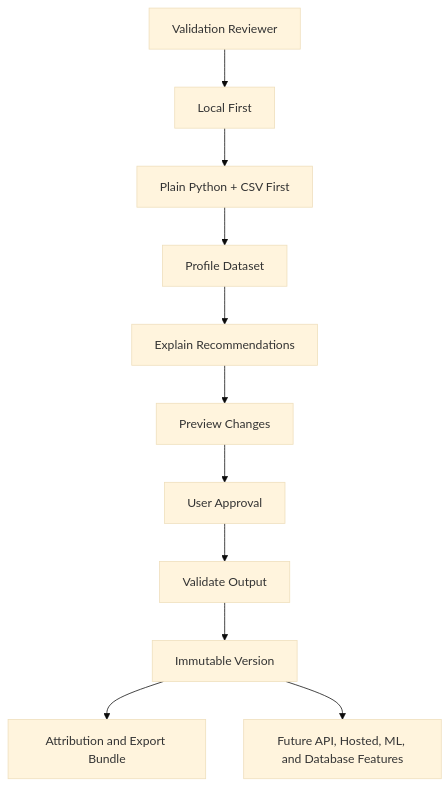
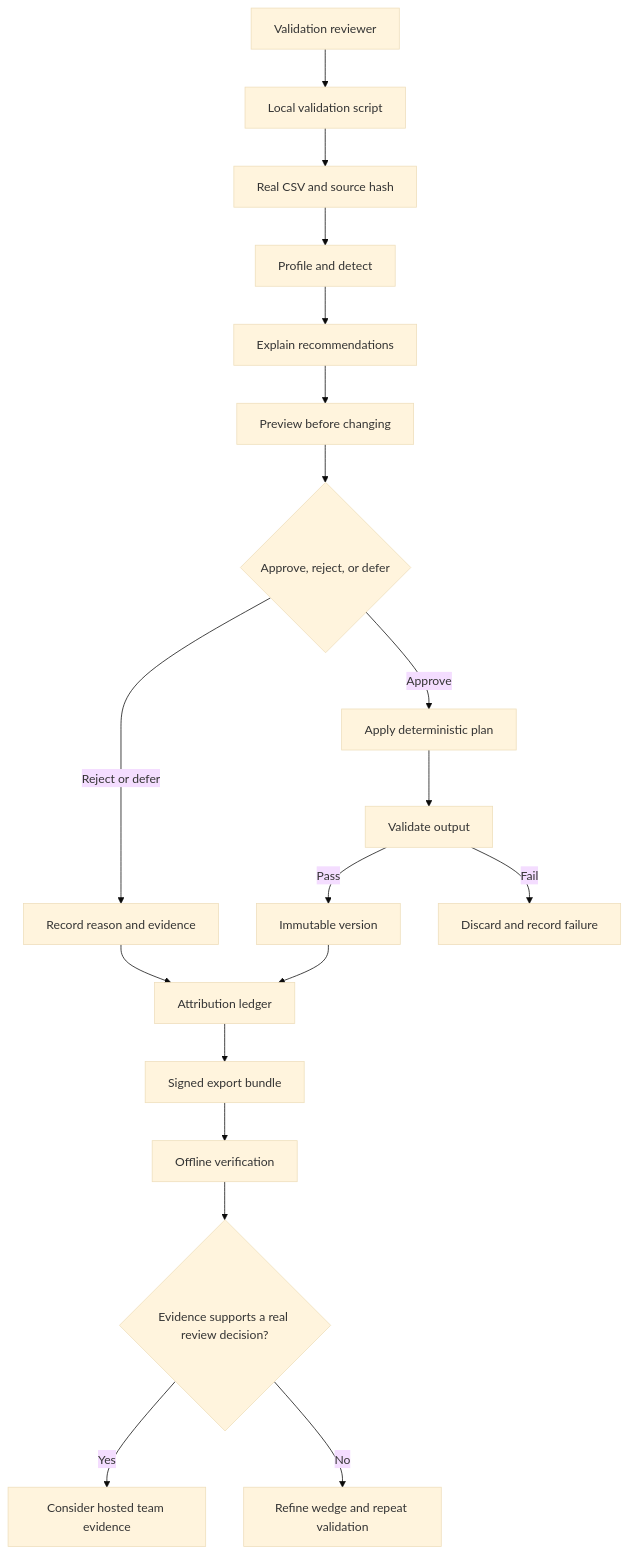
Before and after one commit to SujAnverse1125/ClearSet: the diagram in docs/DECISIONS.md, drawn with Mermaid (base theme). The commit also changed 4 other files, not shown here.

Commit message:
Expand product evidence diagrams

````diff
--- a/docs/DECISIONS.md
+++ b/docs/DECISIONS.md
@@ -24,13 +24,21 @@
 ```mermaid
 flowchart TB
-		User[Validation Reviewer] --> Local[Local First]
-		Local --> Formats[Plain Python + CSV First]
-		Formats --> Profile[Profile Dataset]
-		Profile --> Recommend[Explain Recommendations]
-		Recommend --> Preview[Preview Changes]
-		Preview --> Approve[User Approval]
-		Approve --> Validate[Validate Output]
-		Validate --> Version[Immutable Version]
-		Version --> Audit[Attribution and Export Bundle]
-		Version --> Future[Future API, Hosted, ML, and Database Features]
+		User[Validation reviewer] --> Local[Local validation script]
+		Local --> Input[Real CSV and source hash]
+		Input --> Profile[Profile and detect]
+		Profile --> Recommend[Explain recommendations]
+		Recommend --> Preview[Preview before changing]
+		Preview --> Decision{Approve, reject, or defer}
+		Decision -->|Reject or defer| Record[Record reason and evidence]
+		Decision -->|Approve| Apply[Apply deterministic plan]
+		Apply --> Validate[Validate output]
+		Validate -->|Pass| Version[Immutable version]
+		Validate -->|Fail| Failure[Discard and record failure]
+		Record --> Ledger[Attribution ledger]
+		Version --> Ledger
+		Ledger --> Export[Signed export bundle]
+		Export --> Verify[Offline verification]
+		Verify --> Gate{Evidence supports a real review decision?}
+		Gate -->|Yes| Hosted[Consider hosted team evidence]
+		Gate -->|No| Iterate[Refine wedge and repeat validation]
 ```
````
